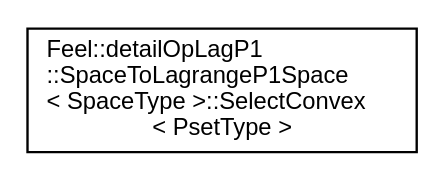
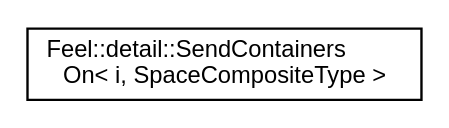
The diagram in inherit_graph_108.dot (feelpp/feelpp), drawn with Graphviz before and after one commit. The commit also changed 1416 other files, not shown here.

```diff
--- a/inherit_graph_108.dot
+++ b/inherit_graph_108.dot
@@ -1,8 +1,8 @@
 digraph "Graphical Class Hierarchy"
 {
  // LATEX_PDF_SIZE
   edge [fontname="Helvetica",fontsize="10",labelfontname="Helvetica",labelfontsize="10"];
   node [fontname="Helvetica",fontsize="10",shape=record];
   rankdir="LR";
-  Node0 [label="Feel::detailOpLagP1\l::SpaceToLagrangeP1Space\l\< SpaceType \>::SelectConvex\l\< PsetType \>",height=0.2,width=0.4,color="black", fillcolor="white", style="filled",URL="$structFeel_1_1detailOpLagP1_1_1SpaceToLagrangeP1Space_1_1SelectConvex.html",tooltip=" "];
+  Node0 [label="Feel::detail::SendContainers\lOn\< i, SpaceCompositeType \>",height=0.2,width=0.4,color="black", fillcolor="white", style="filled",URL="$structFeel_1_1detail_1_1SendContainersOn.html",tooltip=" "];
 }
```
